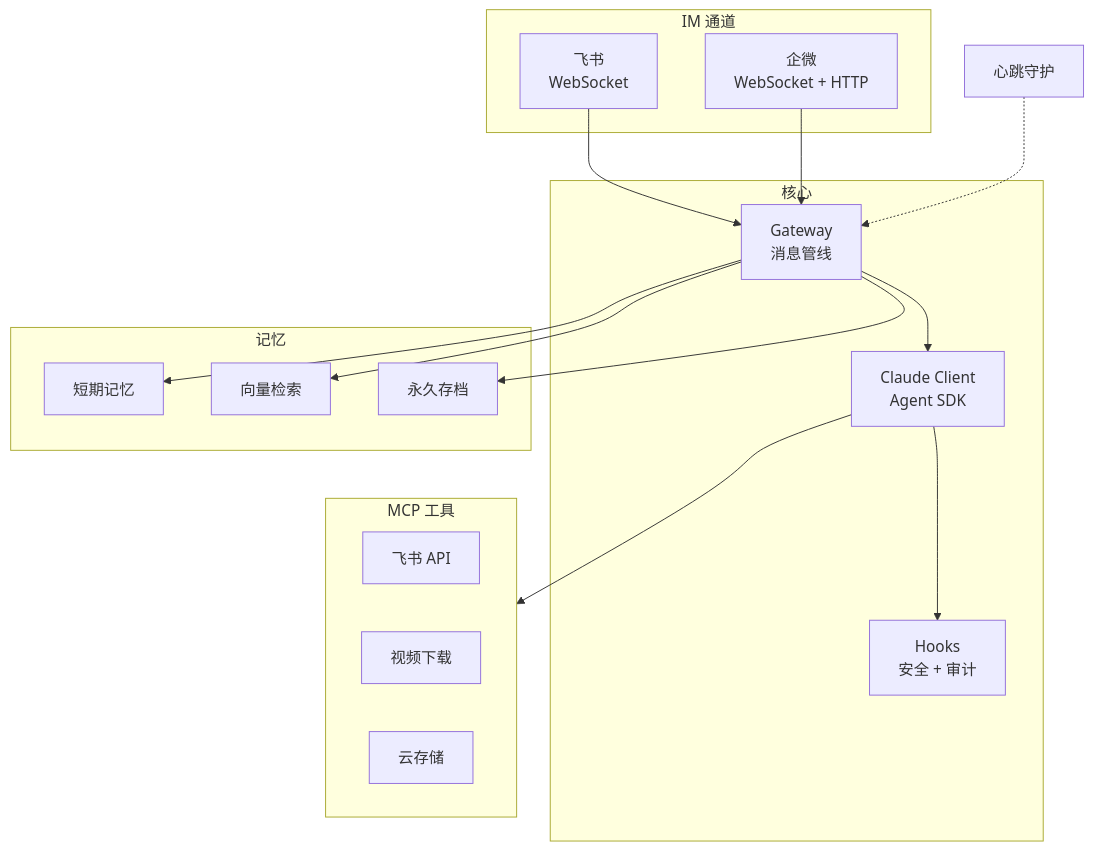
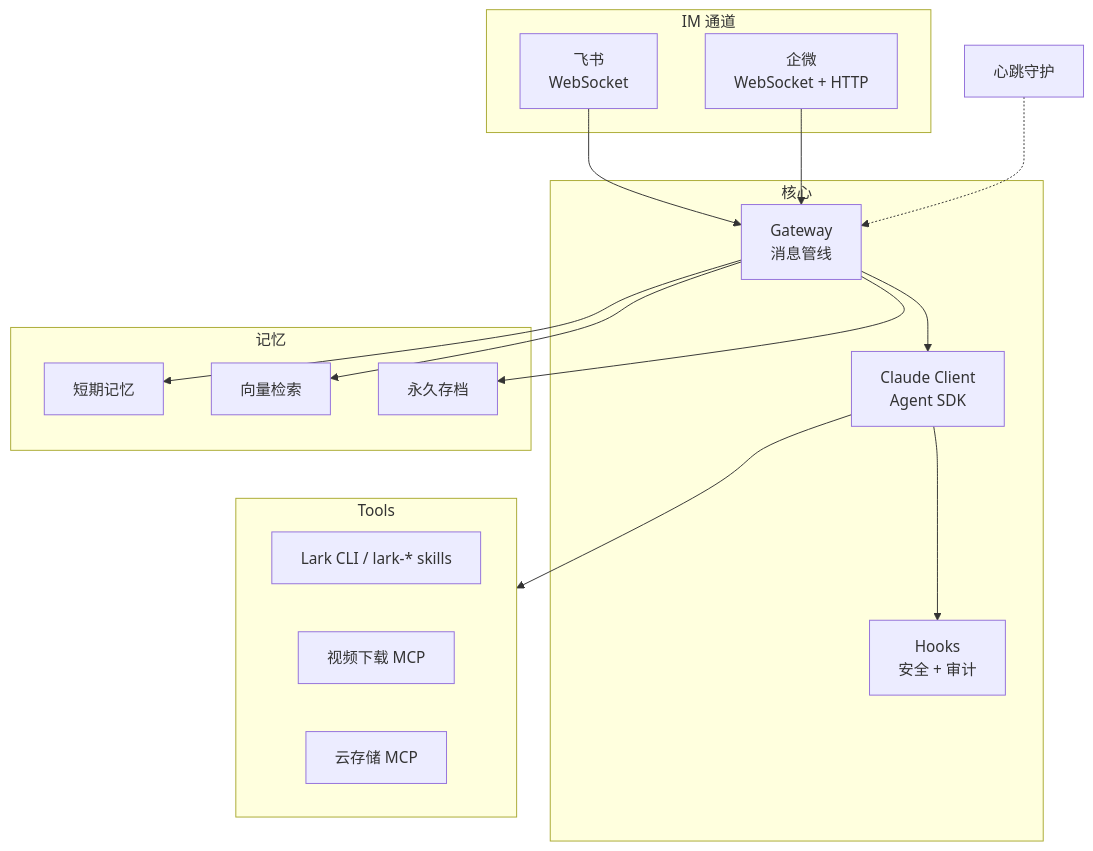
One commit to mistprismlabs/open-mist changed the diagram in README.md. Above: the diagram before and after it, drawn with Mermaid. The commit also changed other lines of this file and 1 other file, not shown here.

First line of the commit message:
docs: 更新工具模型，切换到 Lark CLI 架构表述

````diff
--- a/README.md
+++ b/README.md
@@ -98,33 +98,33 @@
 ```mermaid
 flowchart TB
     subgraph Channels["IM 通道"]
         F[飞书<br/>WebSocket]
         W[企微<br/>WebSocket + HTTP]
     end
 
     subgraph Core["核心"]
         GW[Gateway<br/>消息管线]
         CL[Claude Client<br/>Agent SDK]
         HK[Hooks<br/>安全 + 审计]
     end
 
     subgraph Memory["记忆"]
         ST[短期记忆]
         VS[向量检索]
         AR[永久存档]
     end
 
-    subgraph Tools["MCP 工具"]
-        MB[飞书 API]
-        MV[视频下载]
-        MC[云存储]
+    subgraph Tools["Tools"]
+        LL[Lark CLI / lark-* skills]
+        MV[视频下载 MCP]
+        MC[云存储 MCP]
     end
 
     HB[心跳守护]
 
     F & W --> GW
     GW --> ST & VS & AR
     GW --> CL --> HK
     CL --> Tools
     HB -.-> GW
 ```
````
